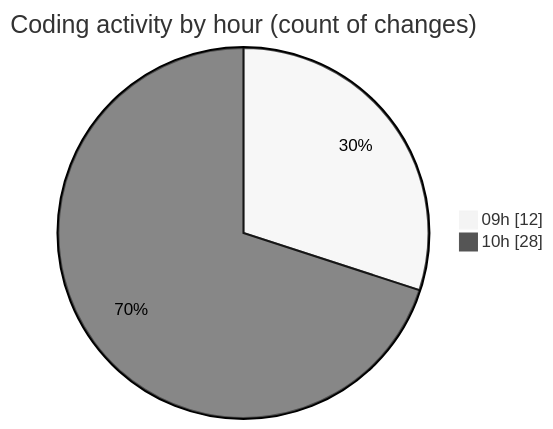
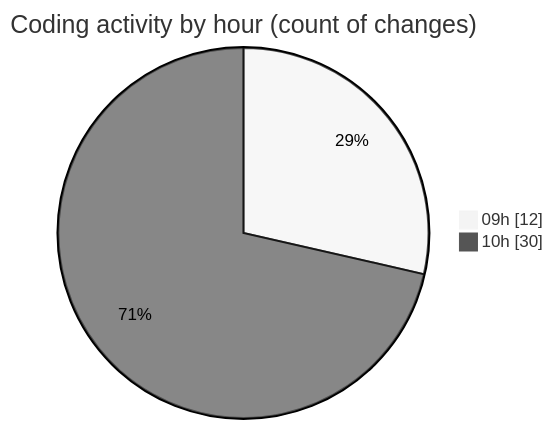
Before and after one commit to momahboobian/code-tracking: the second of 2 diagrams in 2025-02-06/cda/README.md, drawn with Mermaid (neutral theme). The commit also changed other lines of this file and 1 other file, not shown here.

````diff
--- a/2025-02-06/cda/README.md
+++ b/2025-02-06/cda/README.md
@@ -35,6 +35,6 @@
 ```mermaid
 pie showData
 title Coding activity by hour (count of changes)
 "09h" : 12
-"10h" : 28
+"10h" : 30
 ```
````
